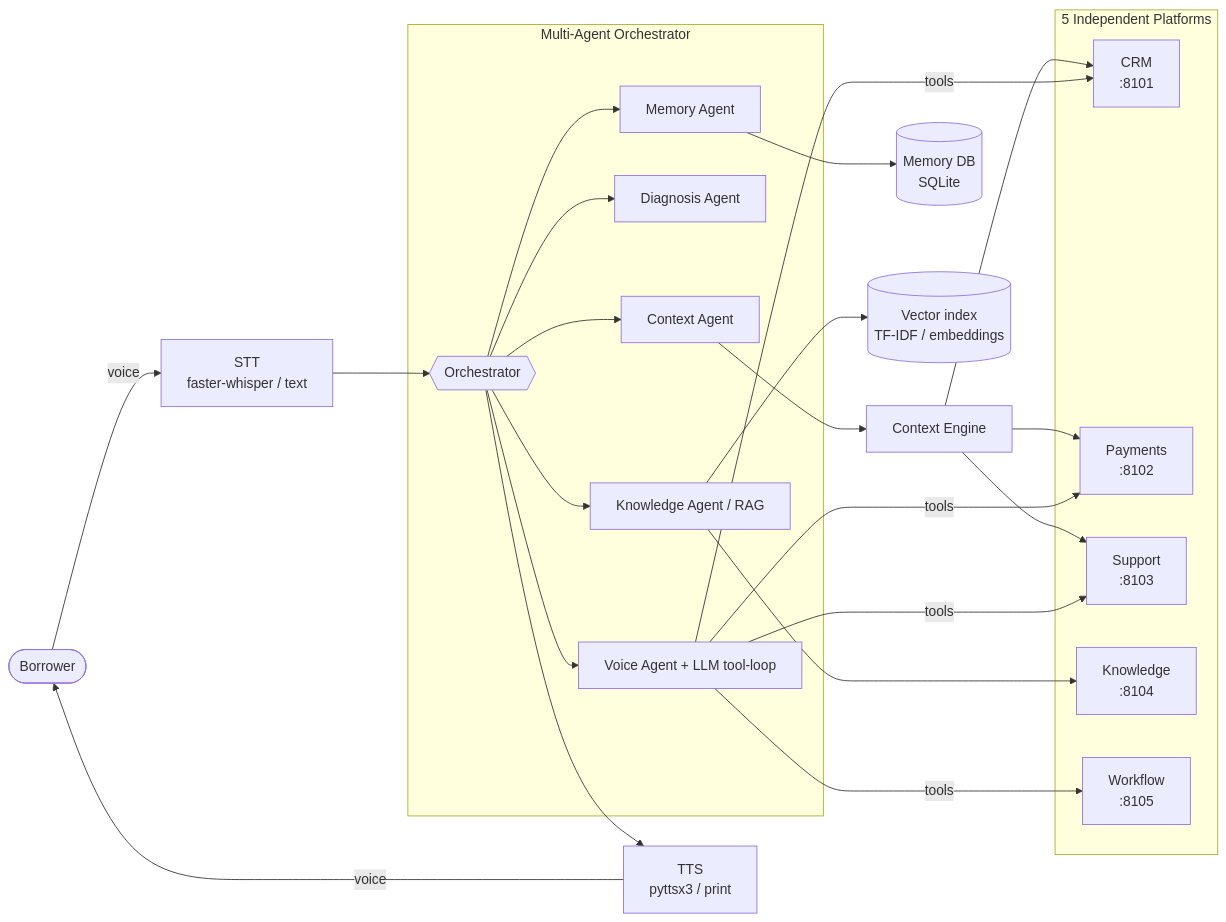
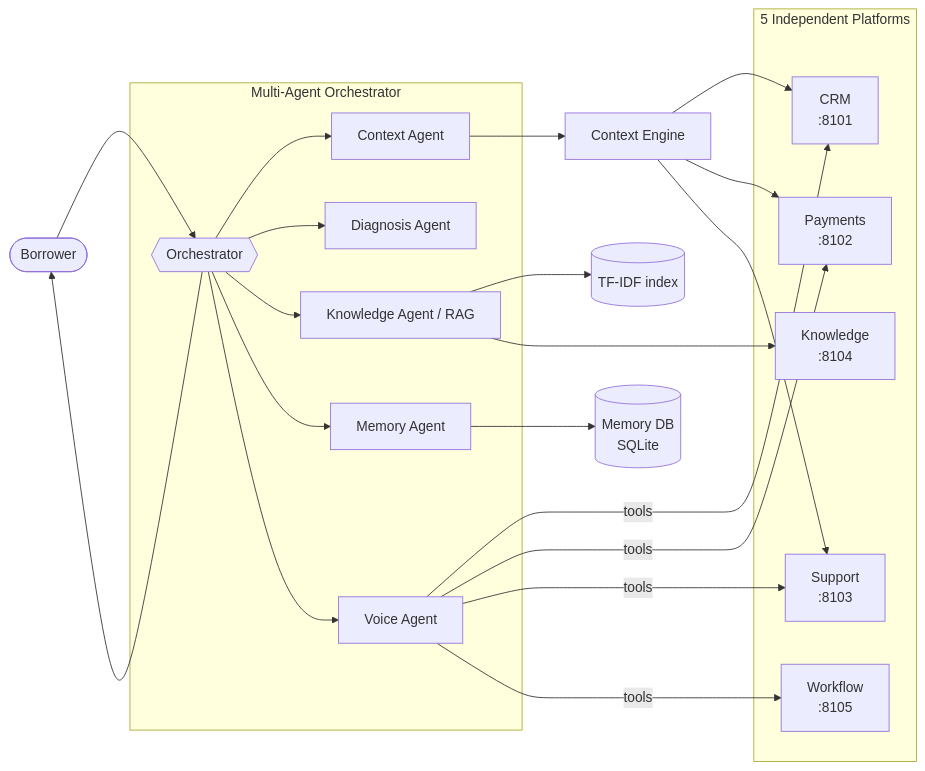
The first of 2 diagrams in docs/ARCHITECTURE.md (DevanshXerc90/lendco), drawn with Mermaid before and after one commit. The commit also changed other lines of this file and 32 other files, not shown here.

````diff
--- a/docs/ARCHITECTURE.md
+++ b/docs/ARCHITECTURE.md
@@ -5,33 +5,31 @@
 ```mermaid
 flowchart LR
-    B([Borrower]) -- voice --> STT[STT<br/>faster-whisper / text]
-    STT --> ORC
-    ORC --> TTS[TTS<br/>pyttsx3 / print]
-    TTS -- voice --> B
+    B([Borrower]) --> ORC
+    ORC --> B
 
     subgraph AGENTS[Multi-Agent Orchestrator]
         ORC{{Orchestrator}}
         CA[Context Agent]
         DA[Diagnosis Agent]
         KA[Knowledge Agent / RAG]
         MA[Memory Agent]
-        VA[Voice Agent + LLM tool-loop]
+        VA[Voice Agent]
         ORC --> CA & DA & KA & MA & VA
     end
 
     CA --> CE[Context Engine]
     MA --> MEM[(Memory DB<br/>SQLite)]
-    KA --> VEC[(Vector index<br/>TF-IDF / embeddings)]
+    KA --> VEC[(TF-IDF index)]
 
     subgraph PLAT[5 Independent Platforms]
         CRM[CRM<br/>:8101]
         PAY[Payments<br/>:8102]
         SUP[Support<br/>:8103]
         KB[Knowledge<br/>:8104]
         WF[Workflow<br/>:8105]
     end
 
     CE --> CRM & PAY & SUP
     VA -- tools --> CRM & PAY & SUP & WF
     KA --> KB
 ```
````
